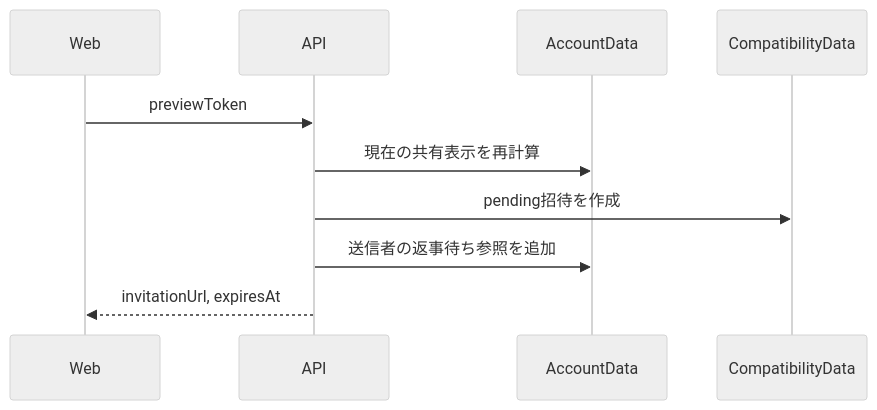
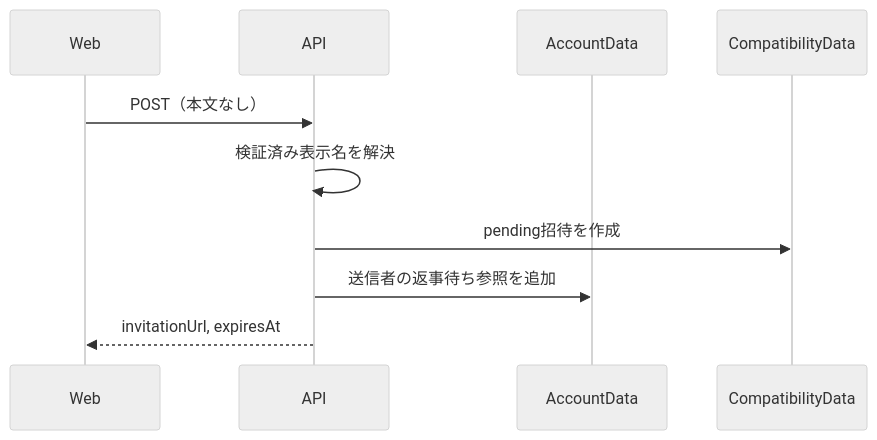
One commit to kkyosuke/me-builder changed the second of 4 diagrams in docs/development/compatibility-api.md. Above: the diagram before and after it, drawn with Mermaid (neutral theme). The commit also changed other lines of this file and 68 other files, not shown here.

````diff
--- a/docs/development/compatibility-api.md
+++ b/docs/development/compatibility-api.md
@@ -135,12 +85,12 @@
 ```mermaid
 sequenceDiagram
     participant Web
     participant API
     participant AccountData
     participant CompatibilityData
-    Web->>API: previewToken
-    API->>AccountData: 現在の共有表示を再計算
+    Web->>API: POST（本文なし）
+    API->>API: 検証済み表示名を解決
     API->>CompatibilityData: pending招待を作成
     API->>AccountData: 送信者の返事待ち参照を追加
     API-->>Web: invitationUrl, expiresAt
 ```
````
